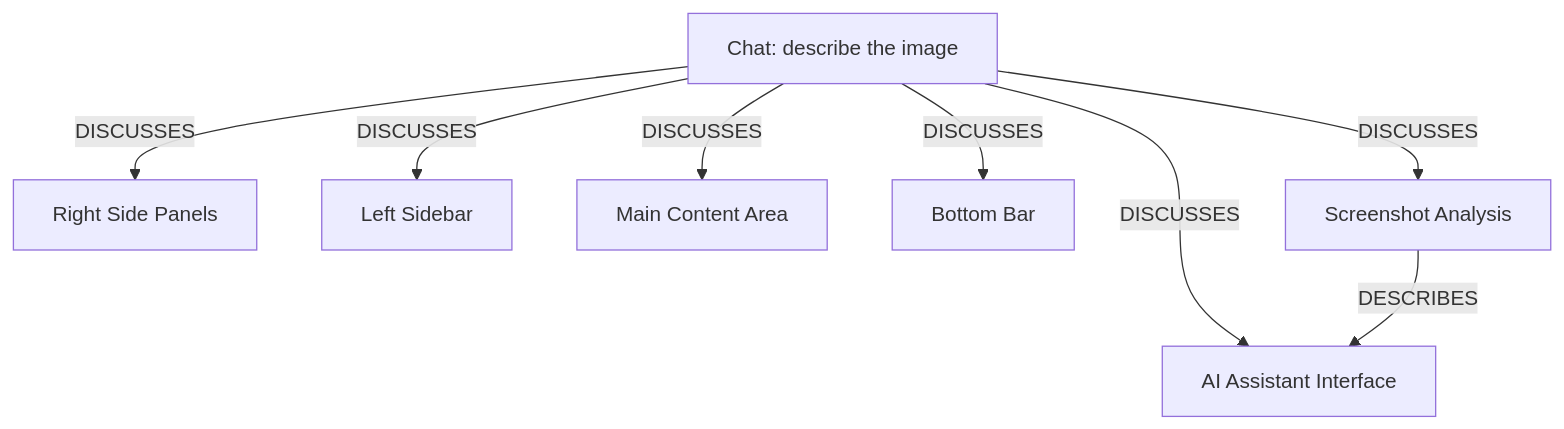
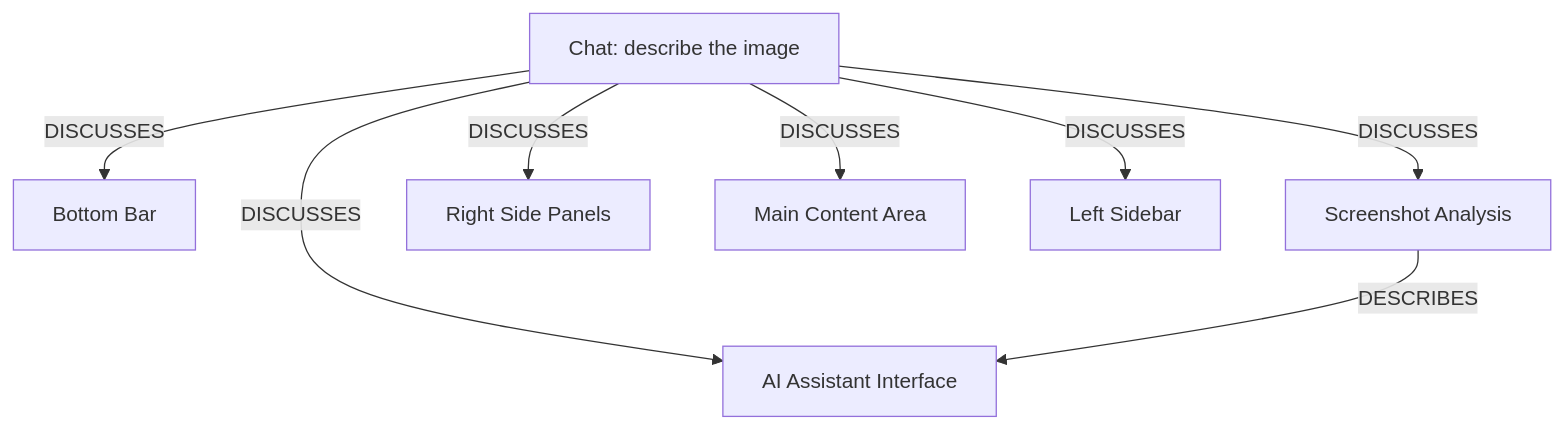
Before and after one commit to ankit-sengupta05/cyborg: the diagram in AI_OS/Ontology/Ontology_AI_Interface_Layout.md, drawn with Mermaid. The commit also changed other lines of this file and 19 other files, not shown here.

````diff
--- a/AI_OS/Ontology/Ontology_AI_Interface_Layout.md
+++ b/AI_OS/Ontology/Ontology_AI_Interface_Layout.md
@@ -26,17 +26,17 @@
 ```mermaid
 graph TD
-    n0["Right Side Panels"]
-    n1["Left Sidebar"]
-    n2["Main Content Area"]
-    n3["AI Assistant Interface"]
-    n4["Bottom Bar"]
+    n0["AI Assistant Interface"]
+    n1["Bottom Bar"]
+    n2["Screenshot Analysis"]
+    n3["Right Side Panels"]
+    n4["Main Content Area"]
     n5["Chat: describe the image"]
-    n6["Screenshot Analysis"]
+    n6["Left Sidebar"]
+    n5 -->|DISCUSSES| n0
+    n5 -->|DISCUSSES| n2
+    n5 -->|DISCUSSES| n6
+    n5 -->|DISCUSSES| n4
     n5 -->|DISCUSSES| n3
-    n5 -->|DISCUSSES| n6
     n5 -->|DISCUSSES| n1
-    n5 -->|DISCUSSES| n2
-    n5 -->|DISCUSSES| n0
-    n5 -->|DISCUSSES| n4
-    n6 -->|DESCRIBES| n3
+    n2 -->|DESCRIBES| n0
 ```
````
